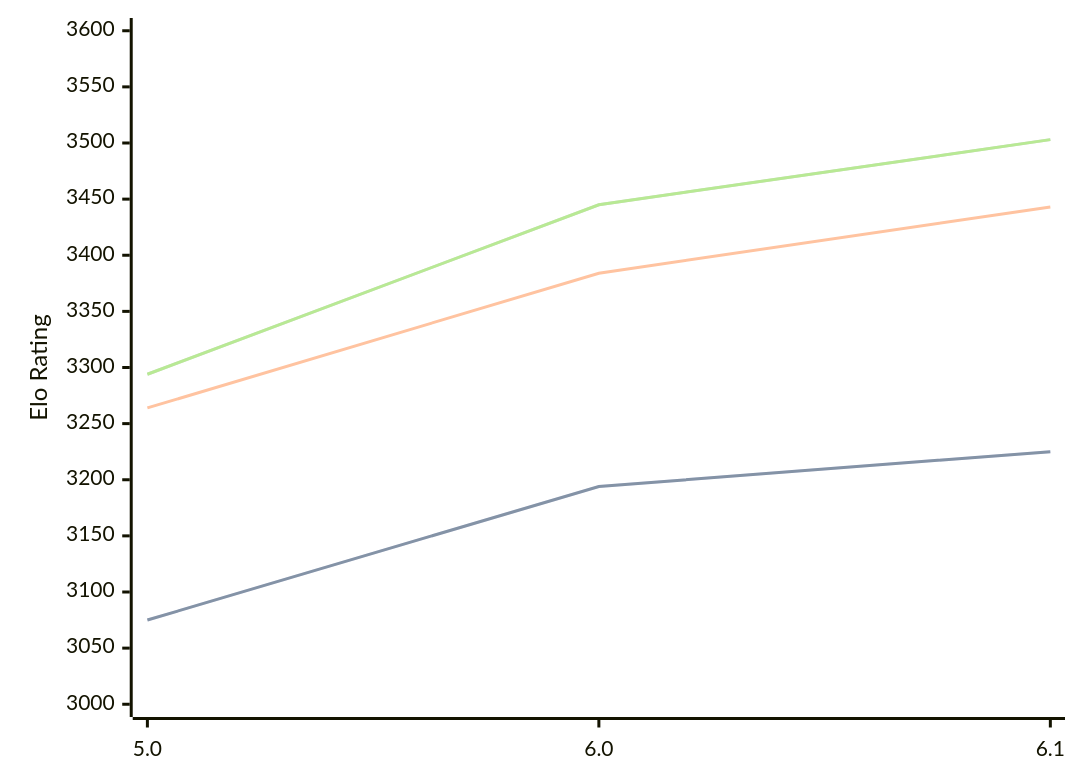
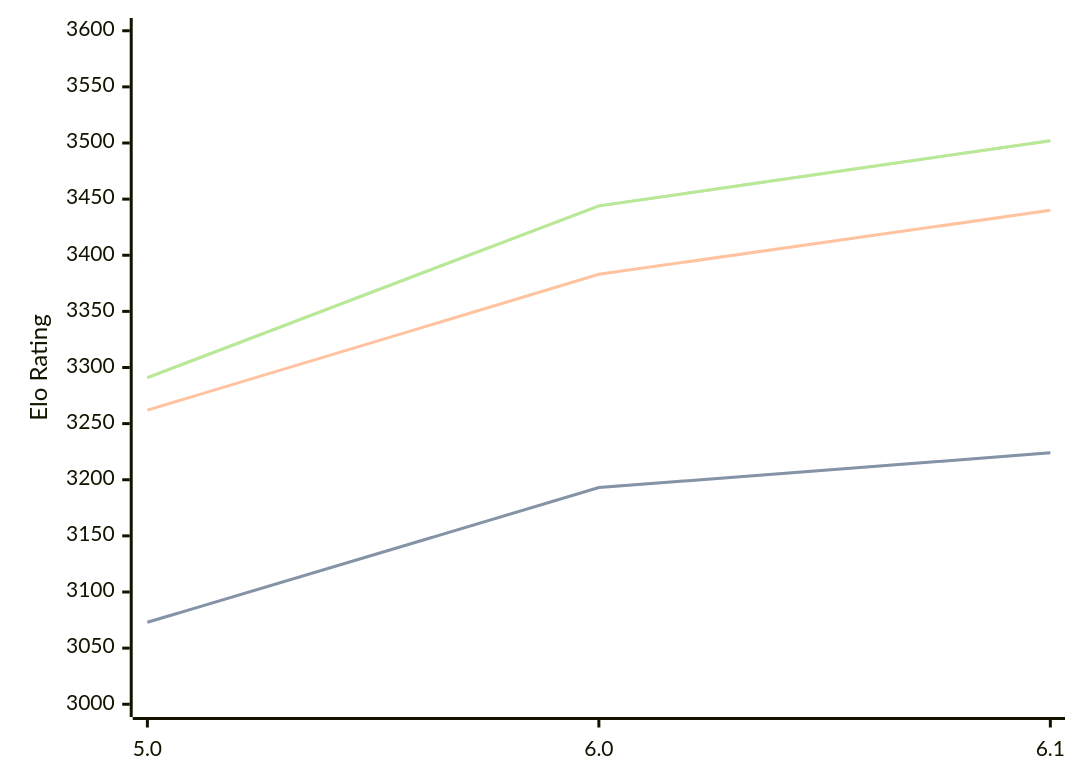
One commit to computer-chess-index/cci changed the diagram in engines/PZChessBot.md. Above: the diagram before and after it, drawn with Mermaid. The commit also changed other lines of this file, not shown here.

Commit message:
Update CCI Ratings (ELO VLTC) - 2026-03-31

````diff
--- a/engines/PZChessBot.md
+++ b/engines/PZChessBot.md
@@ -42,11 +42,11 @@
 ```mermaid
 %%{init: {"theme":"base","themeVariables":{"seriesColors:['#a3a3a3','#222221','#faa371']}}}%%
 xychart-beta
   x-axis ["5.0", "6.0", "6.1"]
   y-axis "Elo Rating" 3000 --> 3600
-  line "STC (8.0+0.08s)" [3075, 3194, 3225]
-  line "STC (8.0+0.08s)" [3075, 3194, 3225]
-  line "LTC (60.0+0.60s)" [3264, 3384, 3443]
-  line "VLTC (2m24s+1.12s)" [3294, 3445, 3503]
-  line "VLTC (2m24s+1.12s)" [3294, 3445, 3503]
+  line "STC (8.0+0.08s)" [3073, 3193, 3224]
+  line "STC (8.0+0.08s)" [3073, 3193, 3224]
+  line "LTC (60.0+0.60s)" [3262, 3383, 3440]
+  line "VLTC (2m24s+1.12s)" [3291, 3444, 3502]
+  line "VLTC (2m24s+1.12s)" [3291, 3444, 3502]
 ```
````
